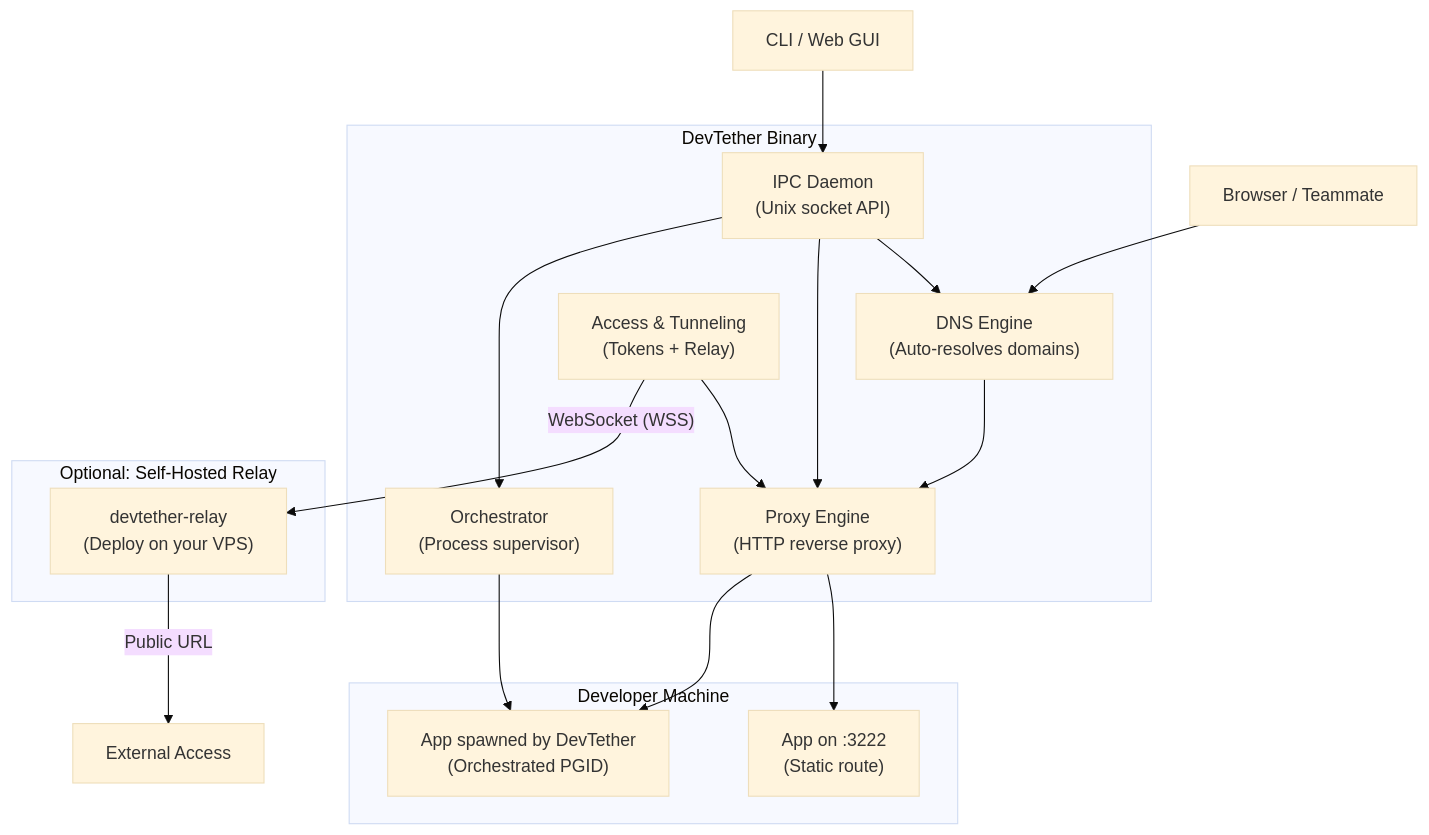
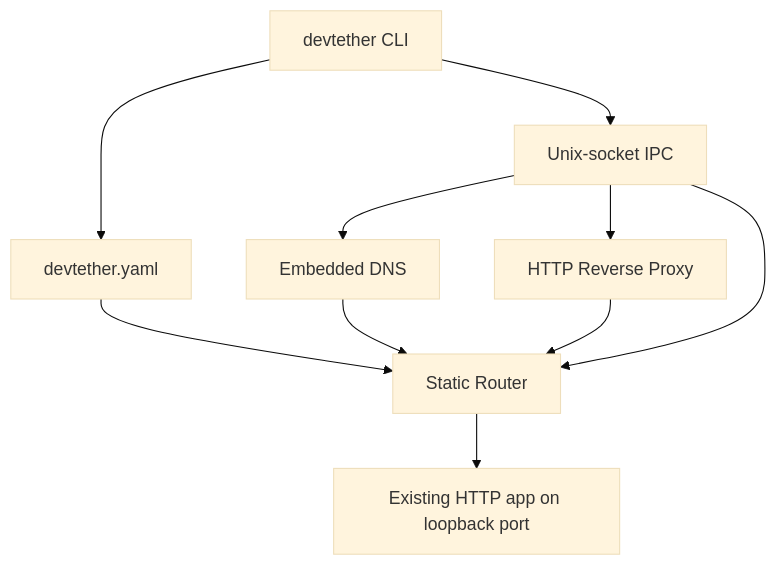
The diagram in docs/architecture.md (ivin-titus/devtether), drawn with Mermaid (base theme) before and after one commit. The commit also changed other lines of this file and 26 other files, not shown here.

````diff
--- a/docs/architecture.md
+++ b/docs/architecture.md
@@ -18,32 +17,12 @@
 ```mermaid
 graph TB
-    subgraph "DevTether Binary"
-        DNS["DNS Engine<br/>(Auto-resolves domains)"]
-        PROXY["Proxy Engine<br/>(HTTP reverse proxy)"]
-        ORCH["Orchestrator<br/>(Process supervisor)"]
-        ACCESS["Access & Tunneling<br/>(Tokens + Relay)"]
-        IPC["IPC Daemon<br/>(Unix socket API)"]
-    end
-
-    subgraph "Optional: Self-Hosted Relay"
-        RELAY["devtether-relay<br/>(Deploy on your VPS)"]
-    end
-
-    subgraph "Developer Machine"
-        APP1["App on :3222<br/>(Static route)"]
-        APP2["App spawned by DevTether<br/>(Orchestrated PGID)"]
-    end
-
-    Browser["Browser / Teammate"] --> DNS
-    DNS --> PROXY
-    ACCESS --> PROXY
-    PROXY --> APP1
-    ORCH --> APP2
-    PROXY --> APP2
-    ACCESS -->|"WebSocket (WSS)"| RELAY
-    RELAY -->|"Public URL"| Internet["External Access"]
-    CLI["CLI / Web GUI"] --> IPC
+    CLI["devtether CLI"] --> IPC["Unix-socket IPC"]
+    CLI --> CFG["devtether.yaml"]
+    CFG --> ROUTER["Static Router"]
+    DNS["Embedded DNS"] --> ROUTER
+    PROXY["HTTP Reverse Proxy"] --> ROUTER
+    ROUTER --> APP1["Existing HTTP app on loopback port"]
+    IPC --> ROUTER
     IPC --> DNS
     IPC --> PROXY
-    IPC --> ORCH
 ```
````
